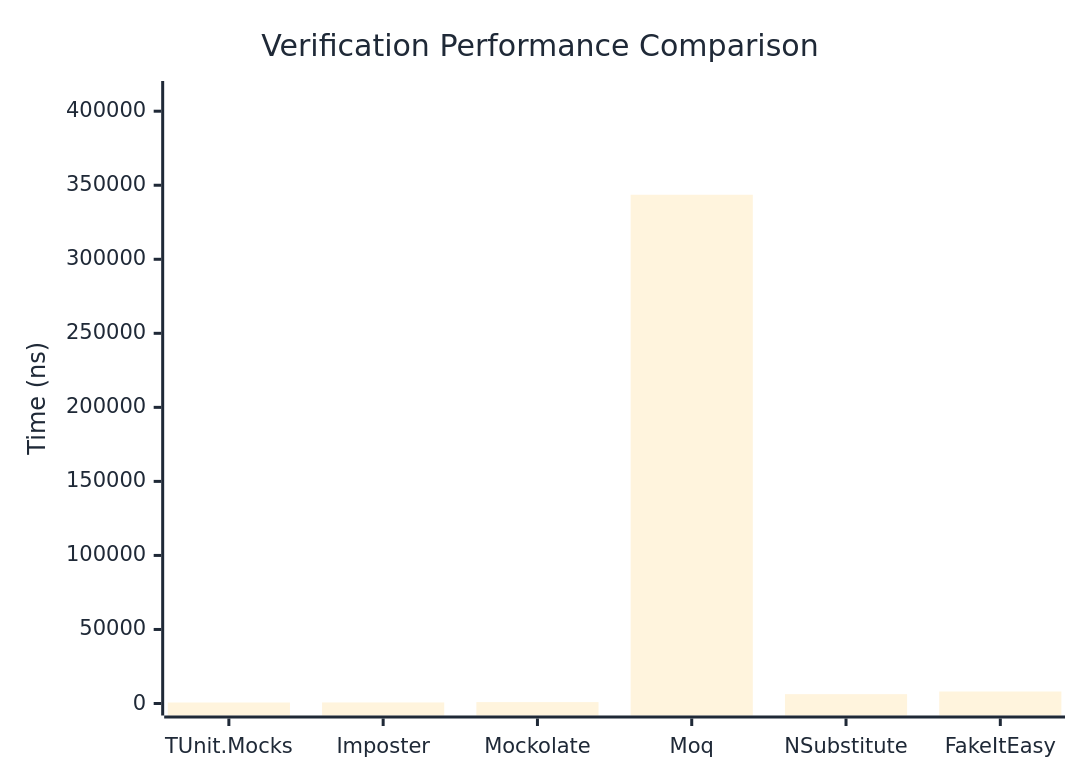
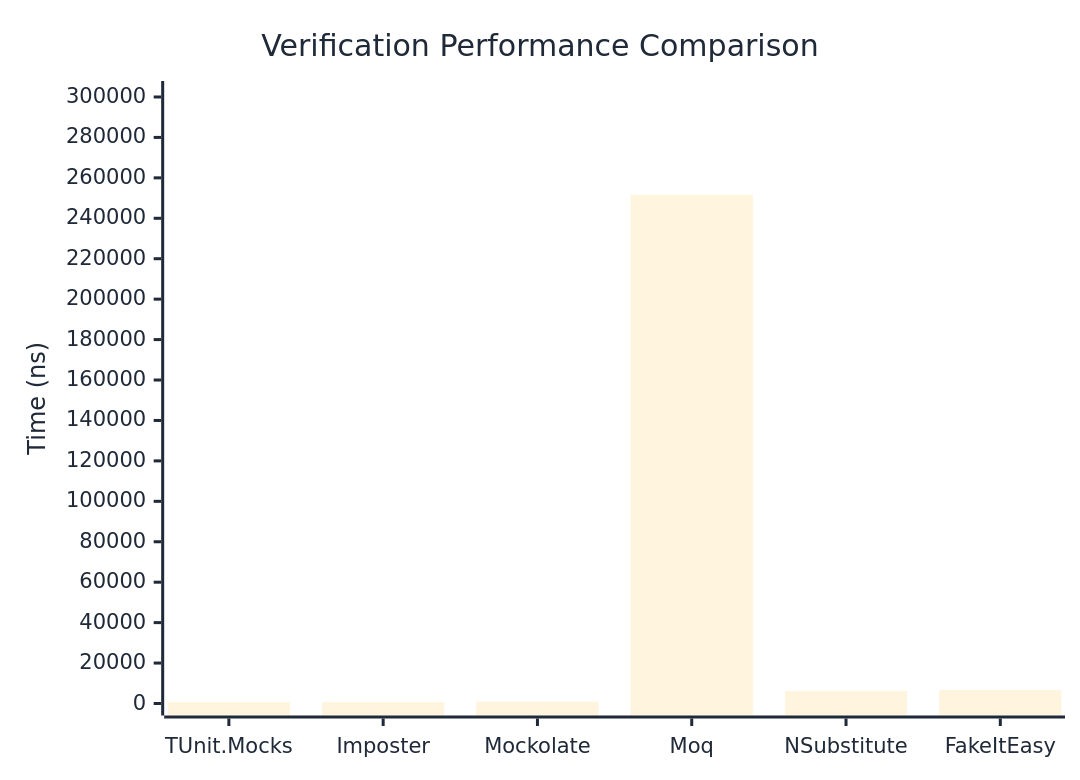
One commit to thomhurst/TUnit changed the first of 3 diagrams in docs/docs/benchmarks/mocks/Verification.md. Above: the diagram before and after it, drawn with Mermaid. The commit also changed other lines of this file and 14 other files, not shown here.

````diff
--- a/docs/docs/benchmarks/mocks/Verification.md
+++ b/docs/docs/benchmarks/mocks/Verification.md
@@ -28,27 +28,27 @@
 ```mermaid
 %%{init: {
   'theme':'base',
   'themeVariables': {
     'primaryColor': '#2563eb',
     'primaryTextColor': '#1f2937',
     'primaryBorderColor': '#1e40af',
     'lineColor': '#6b7280',
     'secondaryColor': '#7c3aed',
     'tertiaryColor': '#dc2626',
     'background': '#ffffff',
     'pie1': '#2563eb',
     'pie2': '#7c3aed',
     'pie3': '#dc2626',
     'pie4': '#f59e0b',
     'pie5': '#10b981',
     'pie6': '#06b6d4',
     'pie7': '#ec4899',
     'pie8': '#6366f1'
   }
 }}%%
 xychart-beta
   title "Verification Performance Comparison"
   x-axis ["TUnit.Mocks", "Imposter", "Mockolate", "Moq", "NSubstitute", "FakeItEasy"]
-  y-axis "Time (ns)" 0 --> 412295
-  bar [673.83, 717.63, 940.07, 343578.97, 6301.3, 8096.34]
+  y-axis "Time (ns)" 0 --> 301969
+  bar [681.89, 679.48, 910.96, 251640.33, 6113.04, 6638.07]
 ```
````
